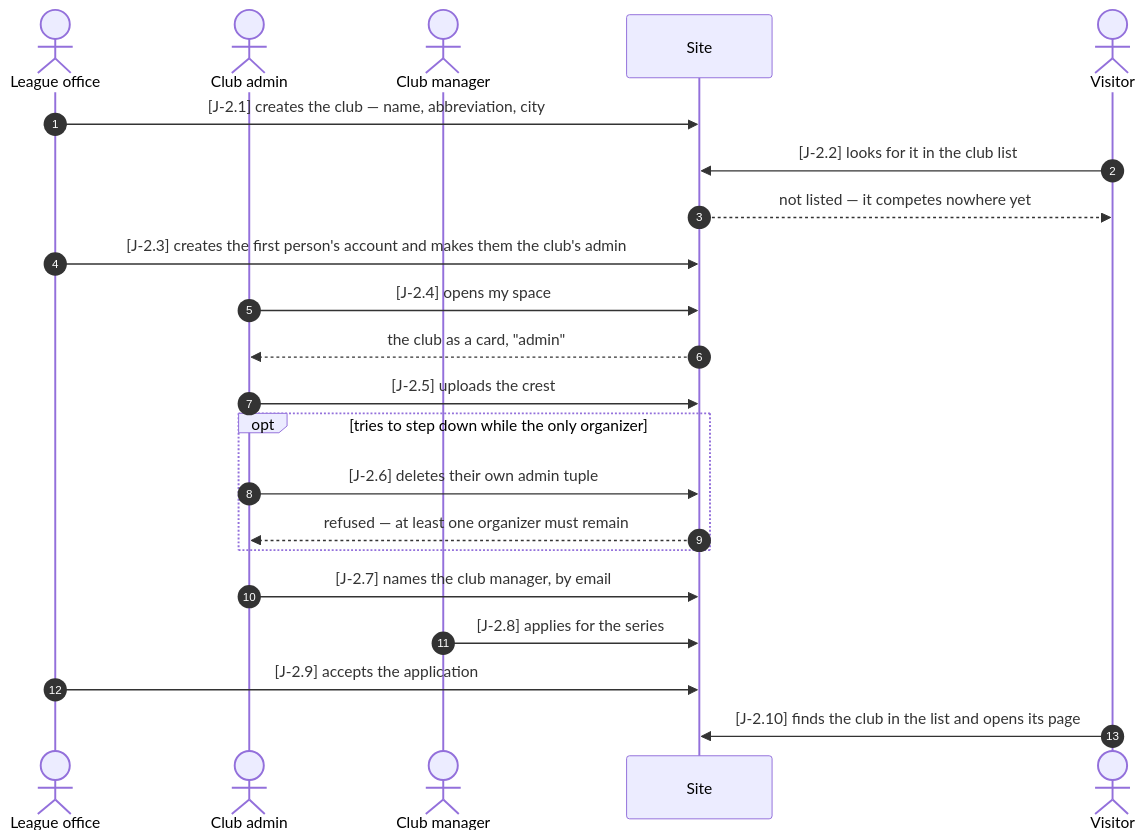
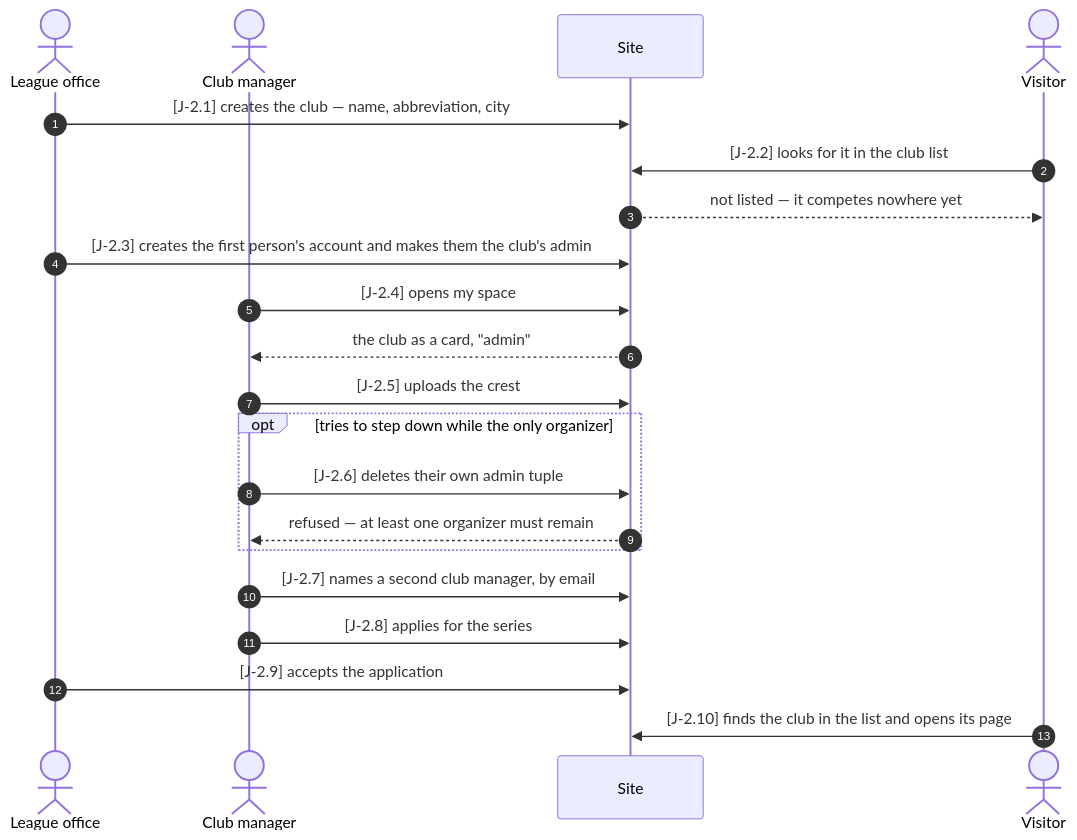
The diagram in docs/journeys/club.md (gundramleifert/segel-bundesliga), drawn with Mermaid before and after one commit. The commit also changed other lines of this file and 6 other files, not shown here.

First line of the commit message:
Journeys: club admin and club manager are one actor

````diff
--- a/docs/journeys/club.md
+++ b/docs/journeys/club.md
@@ -15,25 +15,24 @@
 ```mermaid
 sequenceDiagram
   autonumber
   actor A as League office
-  actor CA as Club admin
   actor CM as Club manager
   participant P as Site
   actor V as Visitor
 
   A->>P: [J-2.1] creates the club — name, abbreviation, city
   V->>P: [J-2.2] looks for it in the club list
   P-->>V: not listed — it competes nowhere yet
   A->>P: [J-2.3] creates the first person's account and makes them the club's admin
-  CA->>P: [J-2.4] opens my space
-  P-->>CA: the club as a card, "admin"
-  CA->>P: [J-2.5] uploads the crest
+  CM->>P: [J-2.4] opens my space
+  P-->>CM: the club as a card, "admin"
+  CM->>P: [J-2.5] uploads the crest
   opt tries to step down while the only organizer
-    CA->>P: [J-2.6] deletes their own admin tuple
-    P-->>CA: refused — at least one organizer must remain
+    CM->>P: [J-2.6] deletes their own admin tuple
+    P-->>CM: refused — at least one organizer must remain
   end
-  CA->>P: [J-2.7] names the club manager, by email
+  CM->>P: [J-2.7] names a second club manager, by email
   CM->>P: [J-2.8] applies for the series
   A->>P: [J-2.9] accepts the application
   V->>P: [J-2.10] finds the club in the list and opens its page
 ```
````
